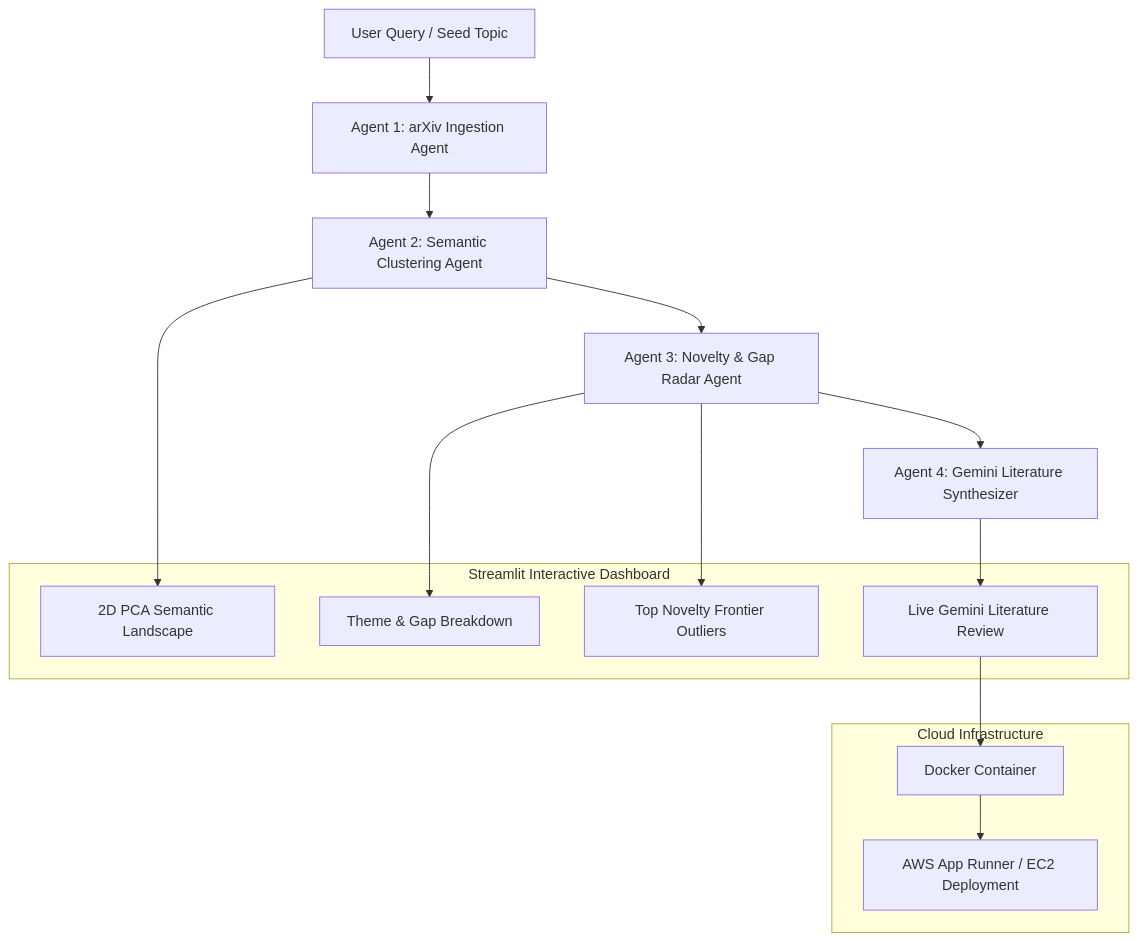
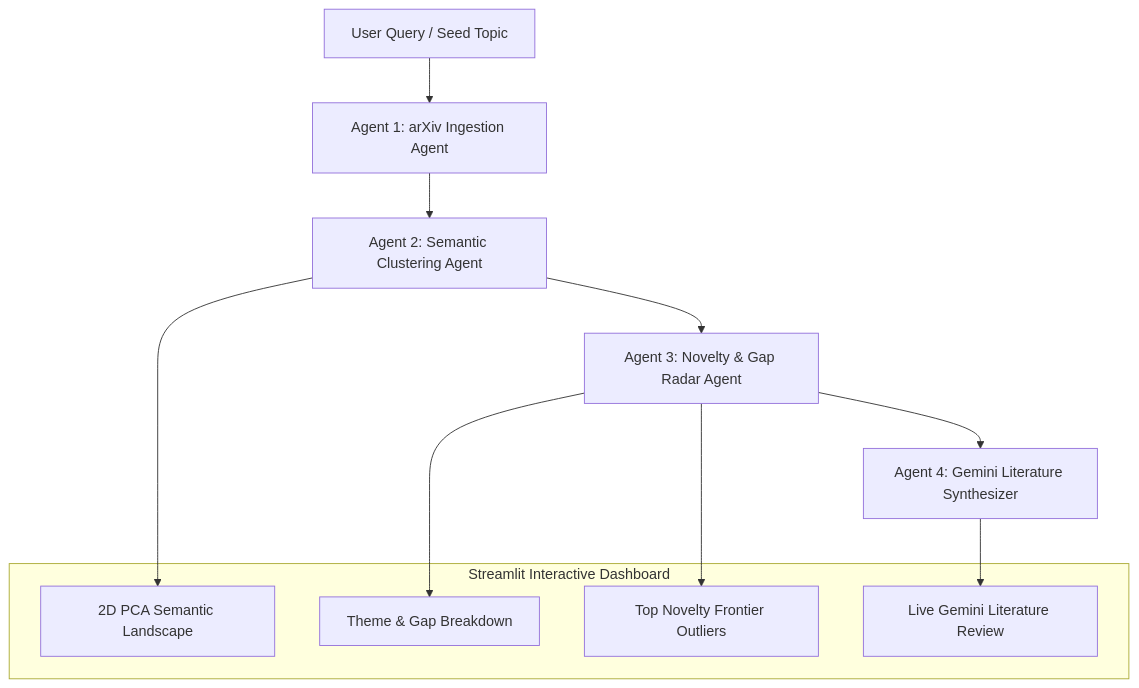
Before and after one commit to SHIVESH89/agentic-research-assistant: the diagram in README.md, drawn with Mermaid. The commit also changed other lines of this file, not shown here.

````diff
--- a/README.md
+++ b/README.md
@@ -27,27 +25,19 @@
 ```mermaid
 flowchart TD
     A["User Query / Seed Topic"] --> B["Agent 1: arXiv Ingestion Agent"]
     B --> C["Agent 2: Semantic Clustering Agent"]
     C --> D["Agent 3: Novelty & Gap Radar Agent"]
     D --> E["Agent 4: Gemini Literature Synthesizer"]
     
     subgraph UI ["Streamlit Interactive Dashboard"]
         F["2D PCA Semantic Landscape"]
         G["Theme & Gap Breakdown"]
         H["Top Novelty Frontier Outliers"]
         I["Live Gemini Literature Review"]
     end
     
     C --> F
     D --> G
     D --> H
     E --> I
-    
-    subgraph Cloud ["Cloud Infrastructure"]
-        J["Docker Container"]
-        K["AWS App Runner / EC2 Deployment"]
-    end
-    
-    I --> J
-    J --> K
 ```
````
